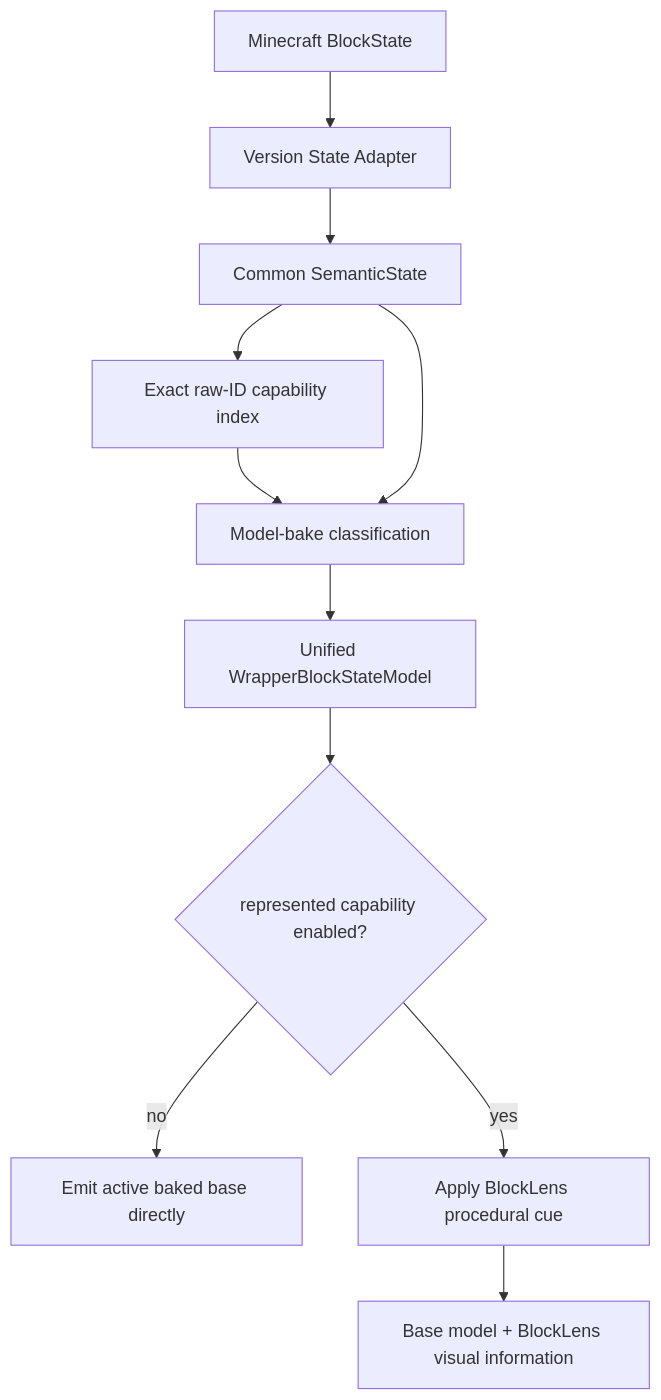
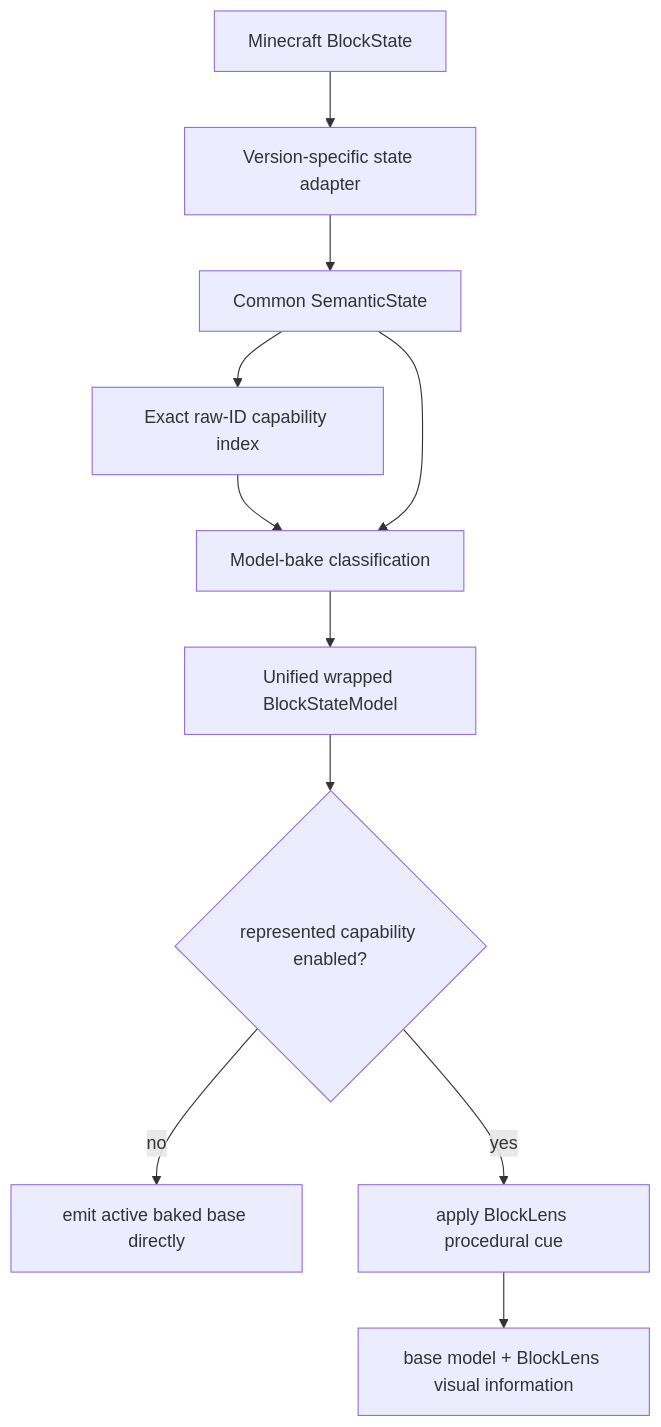
The second of 4 diagrams in README.md (bosatsu25/BlockLens), drawn with Mermaid before and after one commit. The commit also changed other lines of this file, not shown here.

````diff
--- a/README.md
+++ b/README.md
@@ -47,13 +51,13 @@
 ```mermaid
 flowchart TD
-    MC[Minecraft BlockState] --> VA[Version State Adapter]
+    MC[Minecraft BlockState] --> VA[Version-specific state adapter]
     VA --> SS[Common SemanticState]
     SS --> IDX[Exact raw-ID capability index]
     IDX --> BAKE[Model-bake classification]
     SS --> BAKE
-    BAKE --> WRAP[Unified WrapperBlockStateModel]
+    BAKE --> WRAP[Unified wrapped BlockStateModel]
     WRAP --> MASK{represented capability enabled?}
-    MASK -- no --> BASE[Emit active baked base directly]
-    MASK -- yes --> CUE[Apply BlockLens procedural cue]
-    CUE --> OUT[Base model + BlockLens visual information]
+    MASK -- no --> BASE[emit active baked base directly]
+    MASK -- yes --> CUE[apply BlockLens procedural cue]
+    CUE --> OUT[base model + BlockLens visual information]
 ```
````
